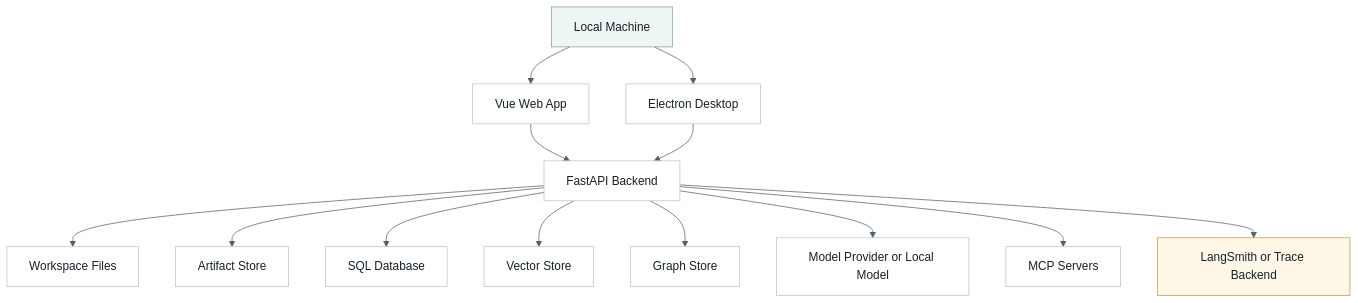
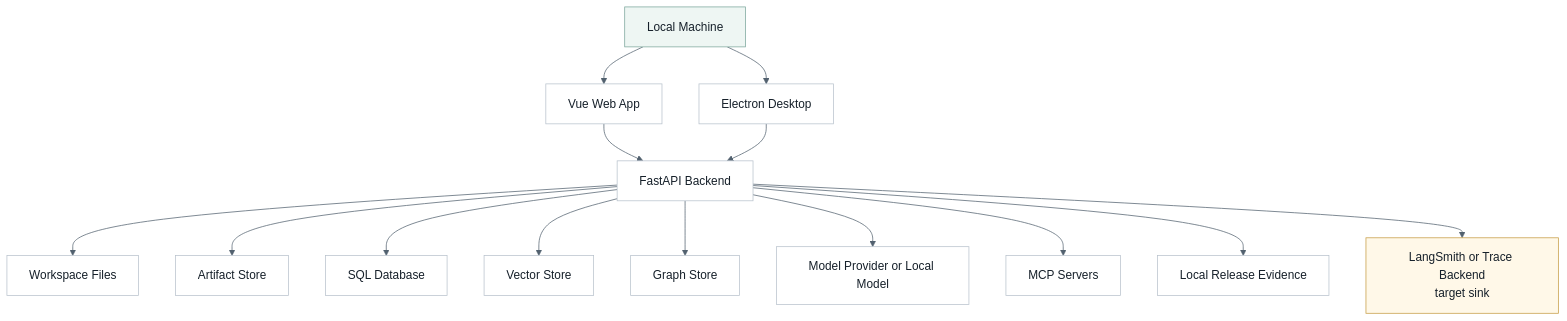
The fourth of 10 diagrams in docs/architecture/architecture.md (ProfessorZhi/Zuno), drawn with Mermaid before and after one commit. The commit also changed other lines of this file and 21 other files, not shown here.

Commit message:
docs: refresh architecture docs and diagrams

````diff
--- a/docs/architecture/architecture.md
+++ b/docs/architecture/architecture.md
@@ -1276,33 +1282,35 @@
 ```mermaid
 %%{init: {"theme": "base", "themeVariables": {"background": "#f7f8fb", "lineColor": "#52616f"}}}%%
 flowchart TB
   classDef node fill:#ffffff,stroke:#b8c2cc,stroke-width:1px,color:#16202a;
   classDef accent fill:#eef6f3,stroke:#7aa59a,stroke-width:1px,color:#16202a;
   classDef guard fill:#fff8e8,stroke:#c59b43,stroke-width:1px,color:#16202a;
 
   LOCAL["Local Machine"]:::accent
   WEB["Vue Web App"]
   DESKTOP["Electron Desktop"]
   API["FastAPI Backend"]
   WORKSPACE["Workspace Files"]
   ARTIFACT["Artifact Store"]
   SQL["SQL Database"]
   VECTOR["Vector Store"]
   GRAPH["Graph Store"]
   MODEL["Model Provider or Local Model"]
   MCP["MCP Servers"]
-  LANGSMITH["LangSmith or Trace Backend"]:::guard
+  LOCALTRACE["Local Release Evidence"]
+  LANGSMITH["LangSmith or Trace Backend<br/>target sink"]:::guard
   LOCAL --> WEB
   LOCAL --> DESKTOP
   WEB --> API
   DESKTOP --> API
   API --> WORKSPACE
   API --> ARTIFACT
   API --> SQL
   API --> VECTOR
   API --> GRAPH
   API --> MODEL
   API --> MCP
+  API --> LOCALTRACE
   API --> LANGSMITH
-  class WEB,DESKTOP,API,WORKSPACE,ARTIFACT,SQL,VECTOR,GRAPH,MODEL,MCP node;
+  class WEB,DESKTOP,API,WORKSPACE,ARTIFACT,SQL,VECTOR,GRAPH,MODEL,MCP,LOCALTRACE node;
 ```
````
